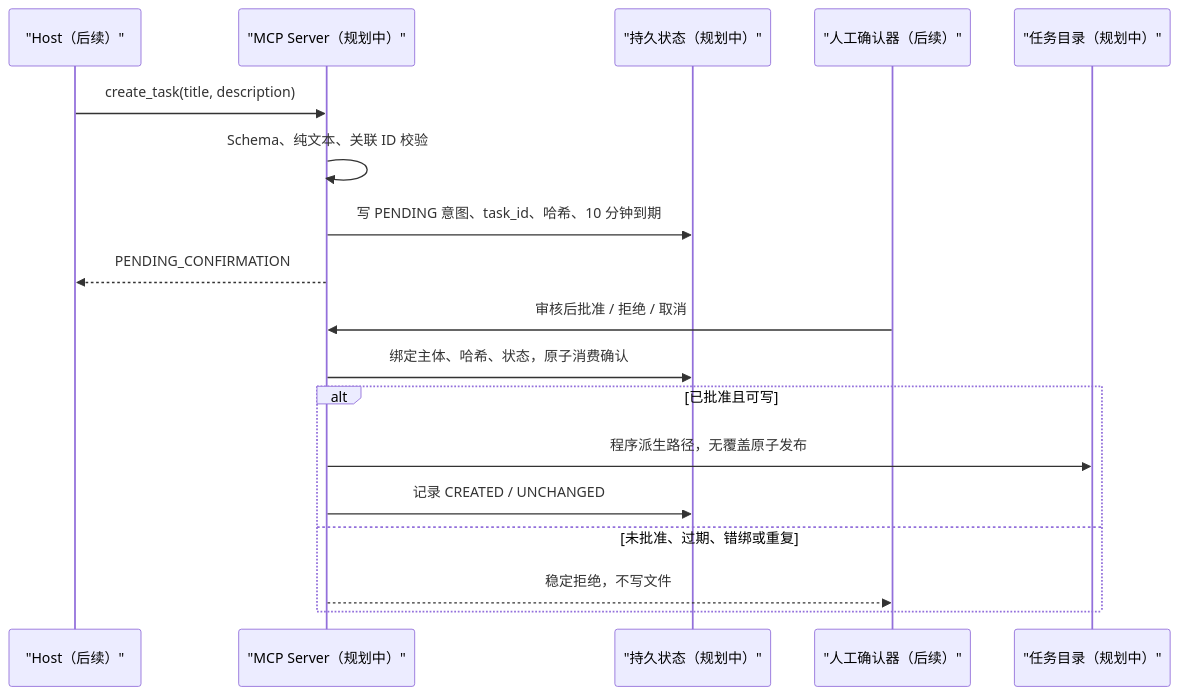
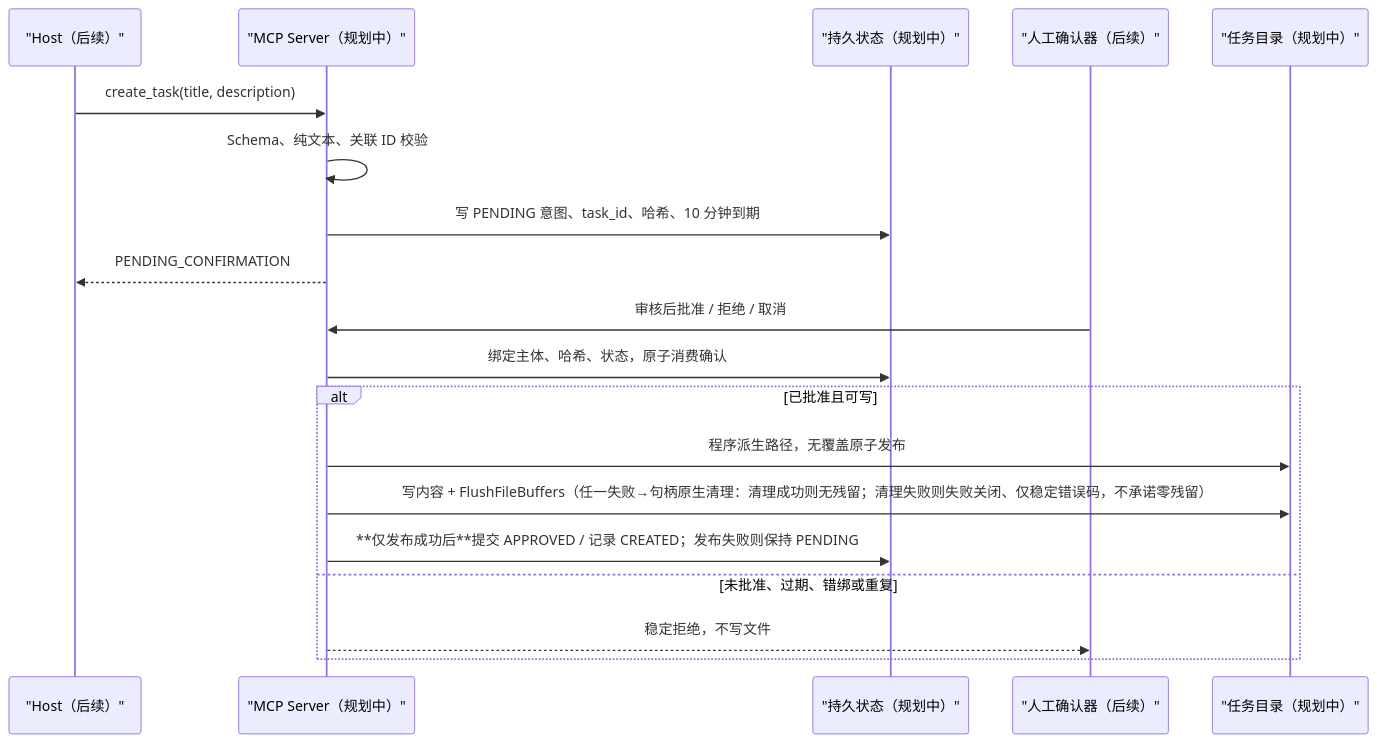
The second of 2 diagrams in projects/03-mcp-tool-server/docs/ARCHITECTURE.md (rorinhoon-bot/ai-application-portfolio), drawn with Mermaid before and after one commit. The commit also changed other lines of this file and 12 other files, not shown here.

````diff
--- a/projects/03-mcp-tool-server/docs/ARCHITECTURE.md
+++ b/projects/03-mcp-tool-server/docs/ARCHITECTURE.md
@@ -51,20 +53,21 @@
 ```mermaid
 sequenceDiagram
     participant H as "Host（后续）"
     participant S as "MCP Server（规划中）"
     participant D as "持久状态（规划中）"
     participant U as "人工确认器（后续）"
     participant F as "任务目录（规划中）"
     H->>S: create_task(title, description)
     S->>S: Schema、纯文本、关联 ID 校验
     S->>D: 写 PENDING 意图、task_id、哈希、10 分钟到期
     S-->>H: PENDING_CONFIRMATION
     U->>S: 审核后批准 / 拒绝 / 取消
     S->>D: 绑定主体、哈希、状态，原子消费确认
     alt 已批准且可写
         S->>F: 程序派生路径，无覆盖原子发布
-        S->>D: 记录 CREATED / UNCHANGED
+        S->>F: 写内容 + FlushFileBuffers（任一失败→句柄原生清理：清理成功则无残留；清理失败则失败关闭、仅稳定错误码，不承诺零残留）
+        S->>D: **仅发布成功后**提交 APPROVED / 记录 CREATED；发布失败则保持 PENDING
     else 未批准、过期、错绑或重复
         S-->>U: 稳定拒绝，不写文件
     end
 ```
````
